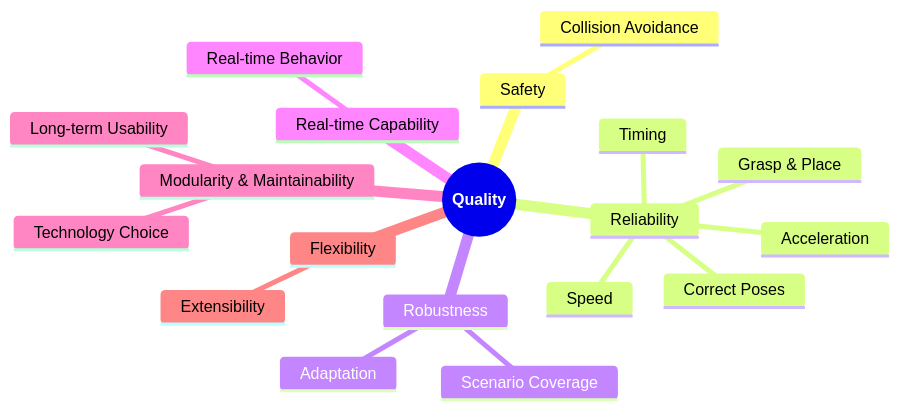
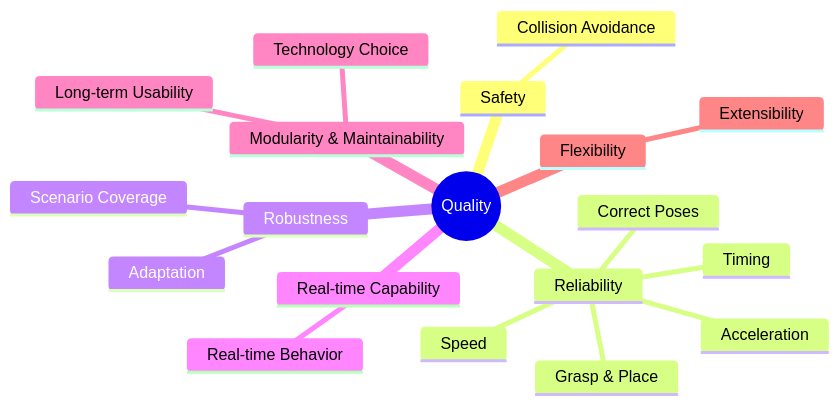
One commit to una-auxme/arlab changed the fourth of 6 diagrams in doc/10. Quality Requirements.md. Above: the diagram before and after it, drawn with Mermaid. The commit also changed other lines of this file, not shown here.

Commit message:
Updated '10. Quality Requirements.md' - minor changes.

````diff
--- a/doc/10. Quality Requirements.md
+++ b/doc/10. Quality Requirements.md
@@ -122,22 +122,22 @@
 ```mermaid
 mindmap
-  root((**Quality**))
+  root((Quality))
     Safety
       Collision Avoidance
     Reliability
       Correct Poses
       Timing
       Speed
       Acceleration
       Grasp & Place 
     Robustness
       Scenario Coverage
       Adaptation
     Real-time Capability
       Real-time Behavior
     Modularity & Maintainability
       Technology Choice
       Long-term Usability 
     Flexibility
       Extensibility
 ```
````
